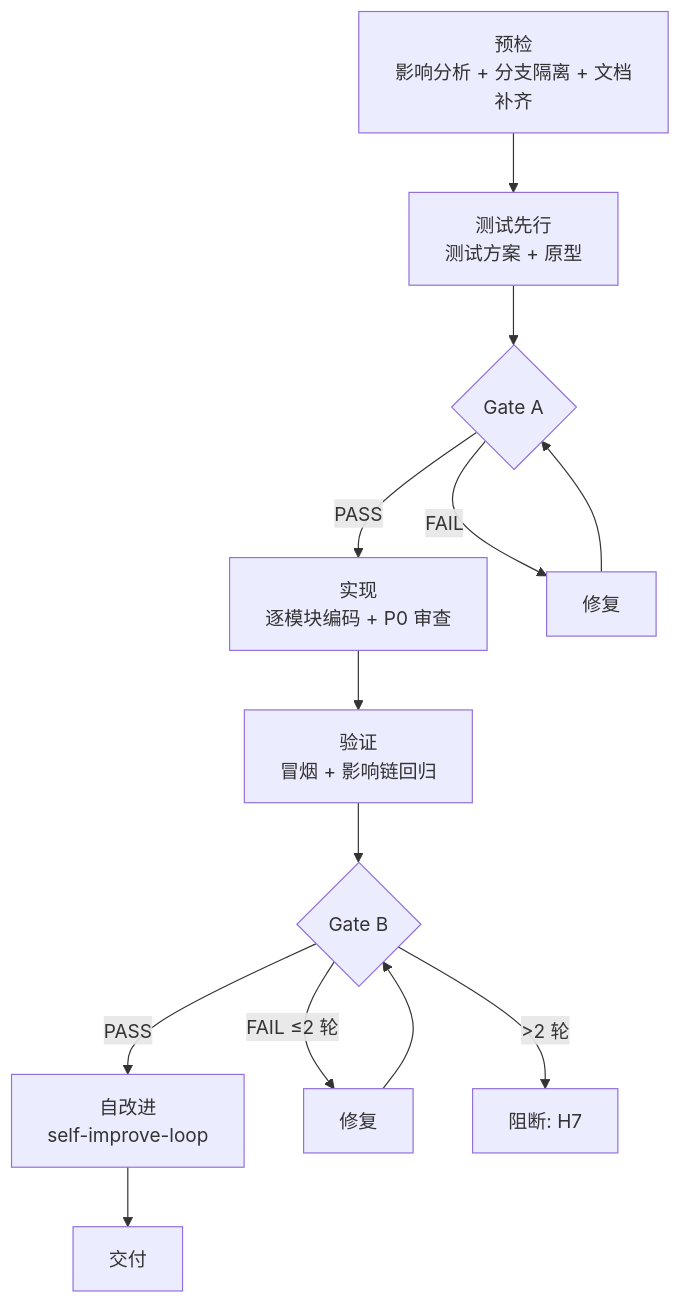
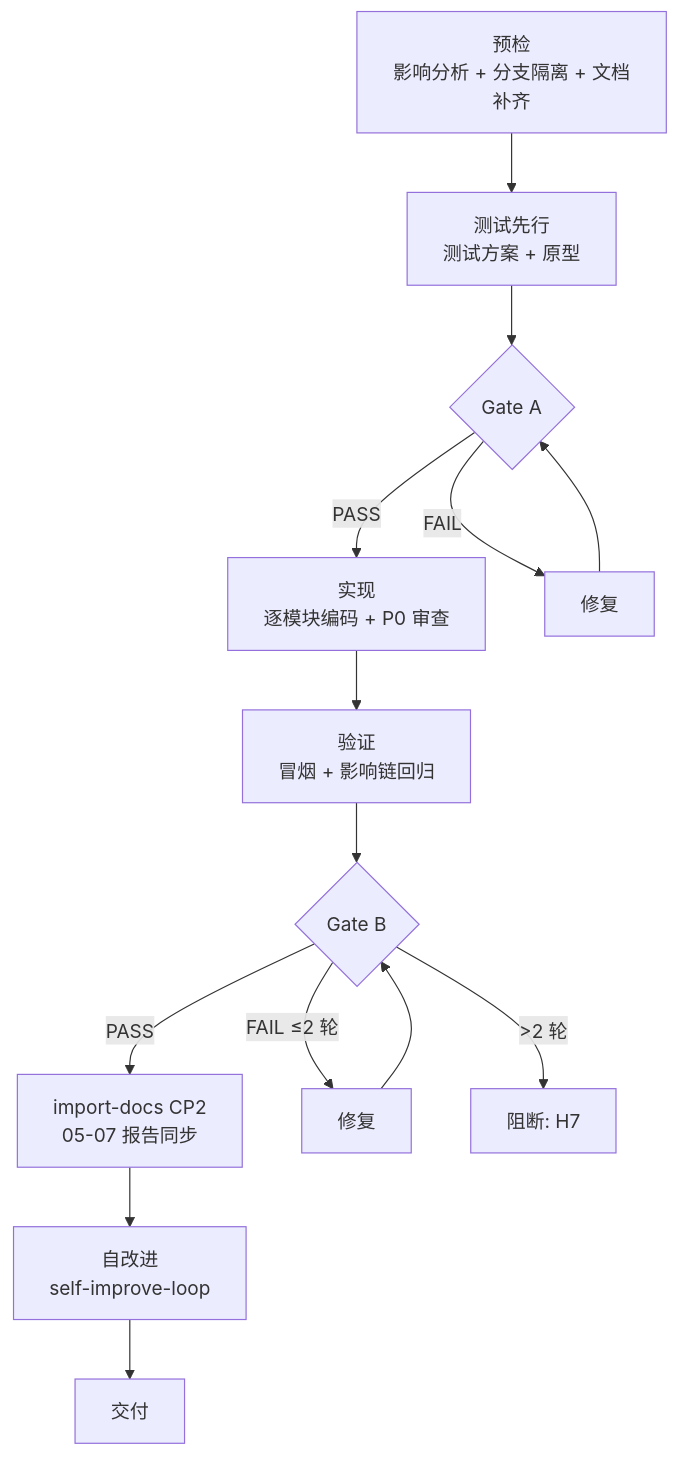
One commit to effiy/YiWeb changed diagram 11 of 15 in .claude/skills/rui/SKILL.md. Above: the diagram before and after it, drawn with Mermaid. The commit also changed other lines of this file and 45 other files, not shown here.

````diff
--- a/.claude/skills/rui/SKILL.md
+++ b/.claude/skills/rui/SKILL.md
@@ -567,15 +875,16 @@
 ```mermaid
 flowchart TD
     PRECHECK["预检<br/>影响分析 + 分支隔离 + 文档补齐"] --> TESTFIRST["测试先行<br/>测试方案 + 原型"]
     TESTFIRST --> GA{Gate A}
     GA -->|PASS| IMPL["实现<br/>逐模块编码 + P0 审查"]
     GA -->|FAIL| FIX1[修复]
     FIX1 --> GA
     IMPL --> VERIFY["验证<br/>冒烟 + 影响链回归"]
     VERIFY --> GB{Gate B}
-    GB -->|PASS| SELF["自改进<br/>self-improve-loop"]
+    GB -->|PASS| SYNC_CP2["import-docs CP2<br/>05-07 报告同步"]
     GB -->|FAIL ≤2 轮| FIX2[修复]
     FIX2 --> GB
     GB -->|>2 轮| BLOCK[阻断: H7]
+    SYNC_CP2 --> SELF["自改进<br/>self-improve-loop"]
     SELF --> DELIVER[交付]
 ```
````
